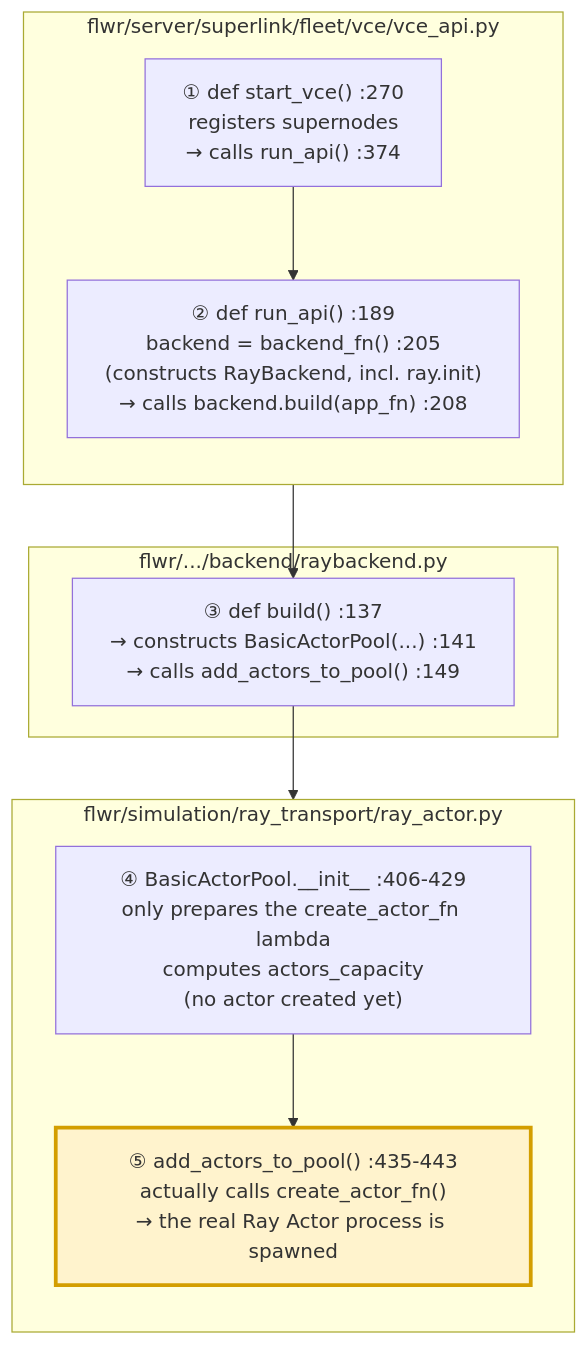
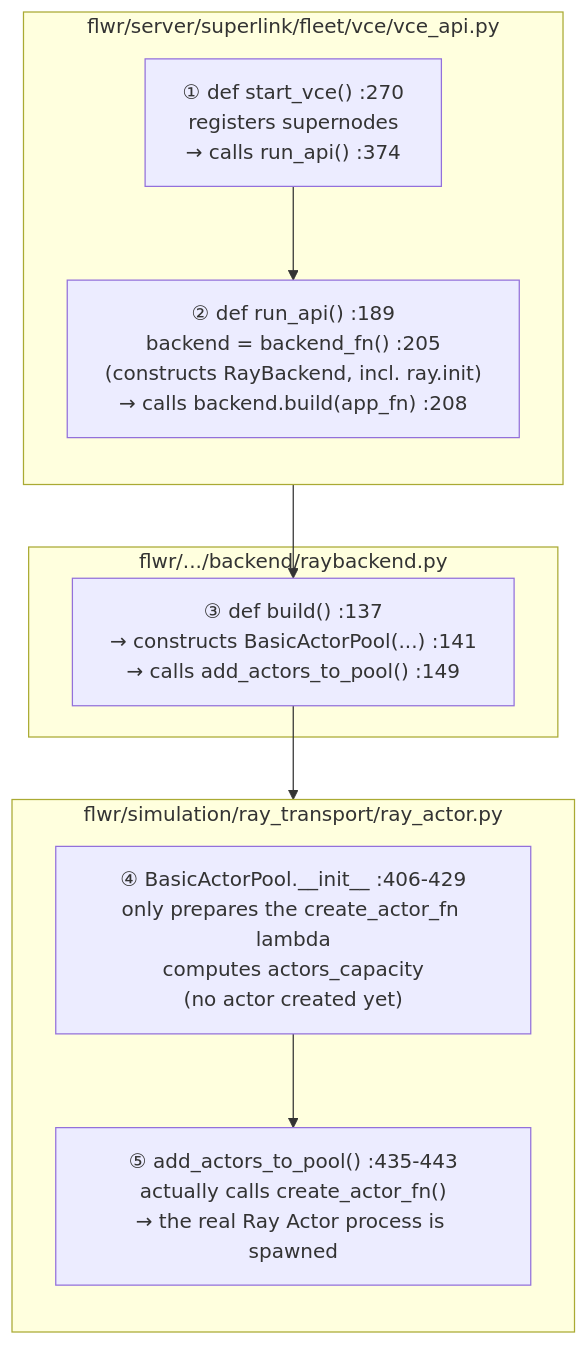
One commit to ymha/ppfl_project changed the second of 3 diagrams in technical_notes/2.flower_simulation.md. Above: the diagram before and after it, drawn with Mermaid.

````diff
--- a/technical_notes/2.flower_simulation.md
+++ b/technical_notes/2.flower_simulation.md
@@ -182,31 +182,30 @@
 ```mermaid
 ---
 config:
   flowchart:
     wrappingWidth: 320
 ---
 flowchart TD
 
     subgraph VCE["flwr/server/superlink/fleet/vce/vce_api.py"]
         direction TB
         S1["① def start_vce() :270<br/>registers supernodes<br/>→ calls run_api() :374"]
         S2["② def run_api() :189<br/>backend = backend_fn() :205<br/>(constructs RayBackend, incl. ray.init)<br/>→ calls backend.build(app_fn) :208"]
         S1 --> S2
     end
 
     subgraph RB["flwr/.../backend/raybackend.py"]
         S3["③ def build() :137<br/>→ constructs BasicActorPool(...) :141<br/>→ calls add_actors_to_pool() :149"]
     end
 
     subgraph RA["flwr/simulation/ray_transport/ray_actor.py"]
         direction TB
         S4["④ BasicActorPool.__init__ :406-429<br/>only prepares the create_actor_fn lambda<br/>computes actors_capacity<br/>(no actor created yet)"]
         S5["⑤ add_actors_to_pool() :435-443<br/>actually calls create_actor_fn()<br/>→ the real Ray Actor process is spawned"]
         S4 --> S5
     end
 
     S2 --> S3
     S3 --> S4
 
-    style S5 fill:#fff3cd,stroke:#d39e00,stroke-width:3px
 ```
````
